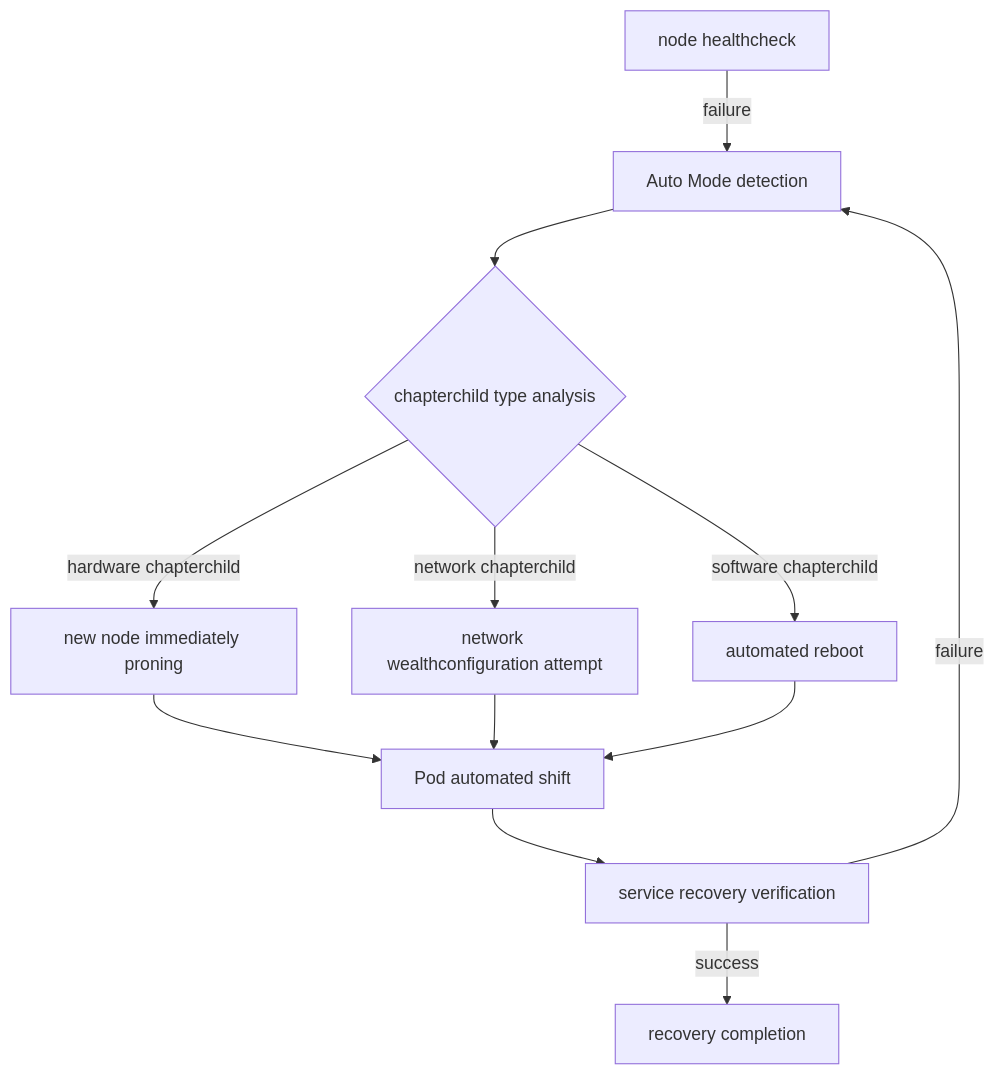
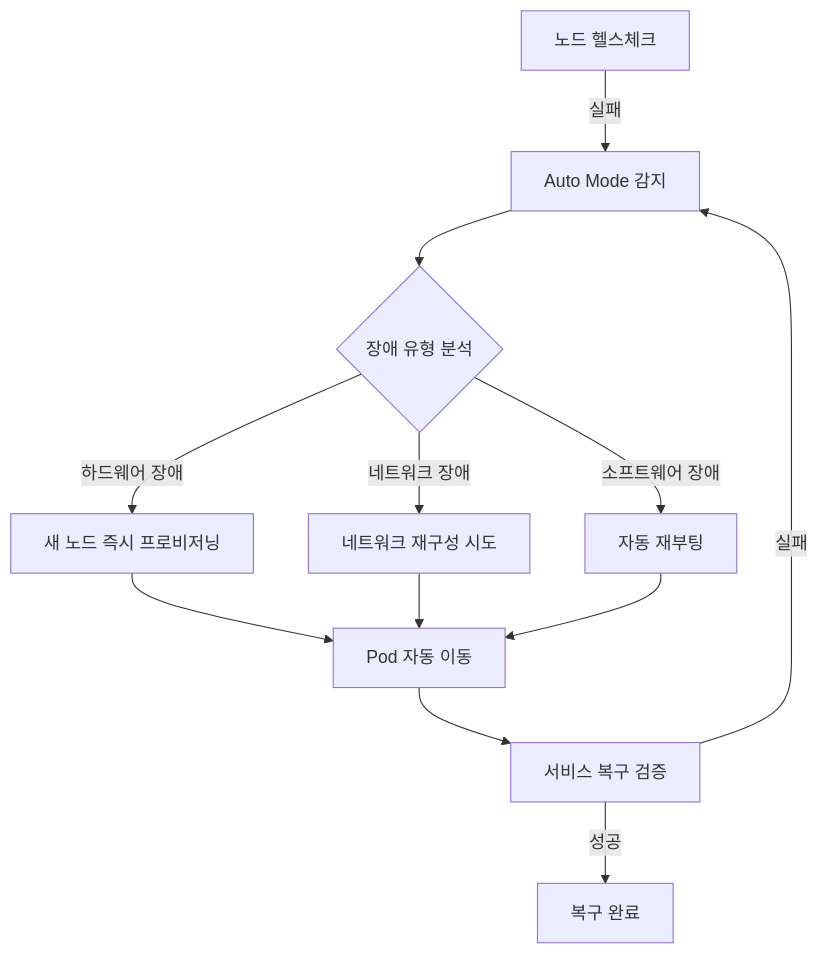
The first of 13 diagrams in i18n/en/docusaurus-plugin-content-docs/current/aidlc/agentic-ops/aiops-predictive-operations.md (devfloor9/engineering-playbook), drawn with Mermaid before and after one commit. The commit also changed other lines of this file and 95 other files, not shown here.

````diff
--- a/i18n/en/docusaurus-plugin-content-docs/current/aidlc/agentic-ops/aiops-predictive-operations.md
+++ b/i18n/en/docusaurus-plugin-content-docs/current/aidlc/agentic-ops/aiops-predictive-operations.md
@@ -498,13 +497,14 @@
 ```mermaid
 graph TD
-A[node healthcheck] -->|failure| B[Auto Mode detection]
-B --> C{chapterchild type analysis}
-C -->|hardware chapterchild| D[new node immediately proning]
-C -->|network chapterchild| E[network wealthconfiguration attempt]
-C -->|software chapterchild| F[automated reboot]
-D --> G[Pod automated shift]
-E --> G
-F --> G --> H[service recovery verification]
-H -->|failure| B
-H -->|success| I[recovery completion]
+ A[노드 헬스체크] -->|실패| B[Auto Mode 감지]
+ B --> C{장애 유형 분석}
+ C -->|하드웨어 장애| D[새 노드 즉시 프로비저닝]
+ C -->|네트워크 장애| E[네트워크 재구성 시도]
+ C -->|소프트웨어 장애| F[자동 재부팅]
+ D --> G[Pod 자동 이동]
+ E --> G
+ F --> G
+ G --> H[서비스 복구 검증]
+ H -->|실패| B
+ H -->|성공| I[복구 완료]
 ```
````
